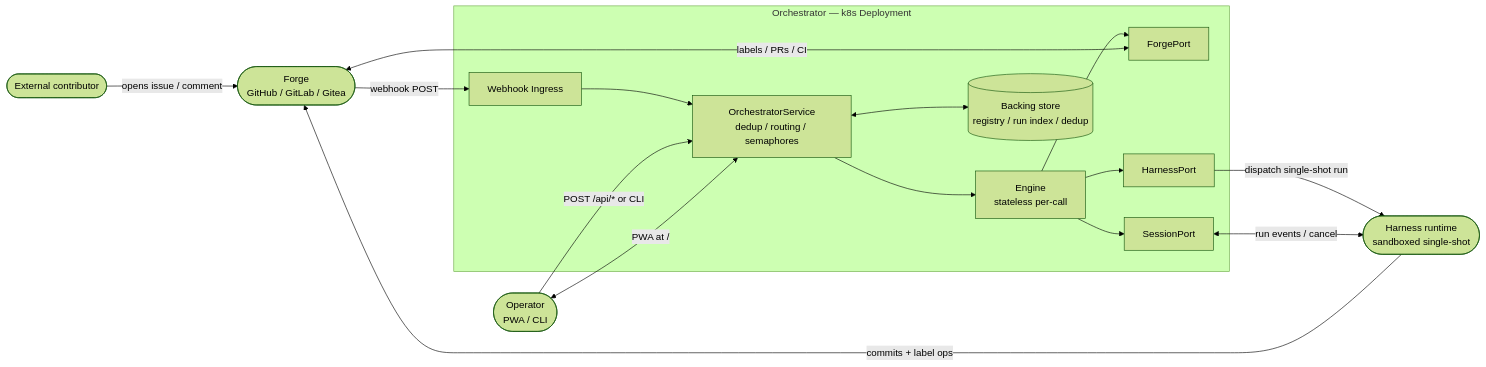
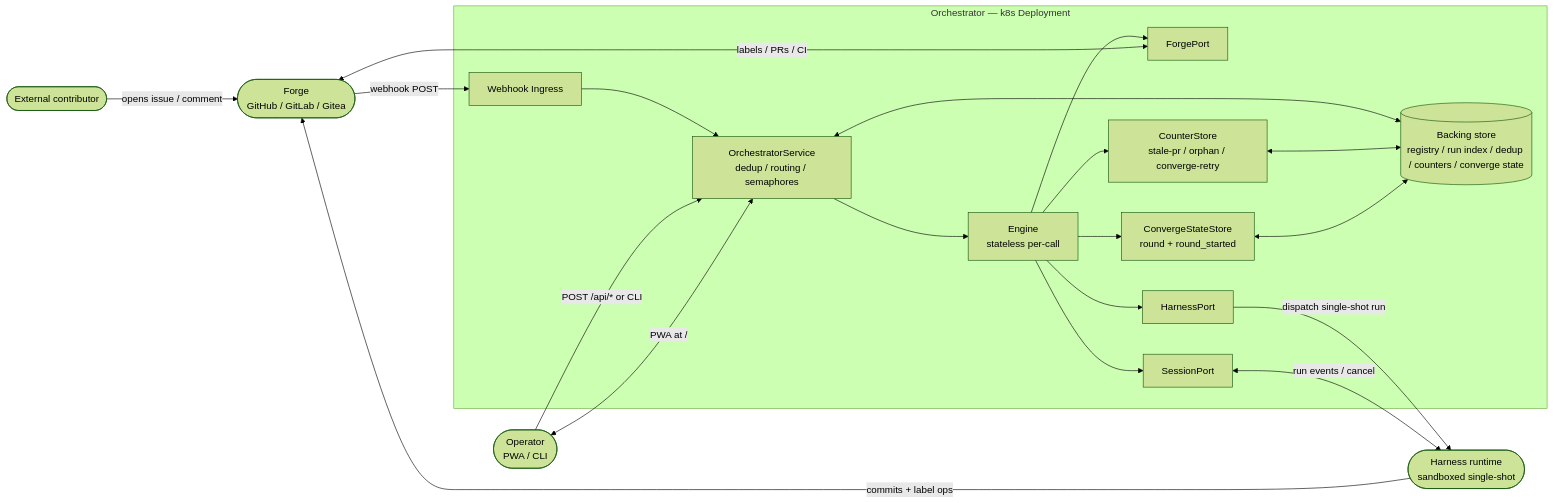
One commit to tuckermclean/orchestrator changed the second of 2 diagrams in ARCHITECTURE.md. Above: the diagram before and after it, drawn with Mermaid (forest theme). The commit also changed other lines of this file and 11 other files, not shown here.

````diff
--- a/ARCHITECTURE.md
+++ b/ARCHITECTURE.md
@@ -397,32 +437,38 @@
 ```mermaid
 flowchart LR
     contributor([External contributor])
     forge([Forge\nGitHub / GitLab / Gitea])
     harness([Harness runtime\nsandboxed single-shot])
     operator([Operator\nPWA / CLI])
 
     subgraph orch [Orchestrator — k8s Deployment]
         ingress[Webhook Ingress]
         svc[OrchestratorService\ndedup / routing / semaphores]
         engine[Engine\nstateless per-call]
         fp[ForgePort]
         hp[HarnessPort]
         sp[SessionPort]
-        db[(Backing store\nregistry / run index / dedup)]
+        cs[CounterStore\nstale-pr / orphan / converge-retry]
+        css[ConvergeStateStore\nround + round_started]
+        db[(Backing store\nregistry / run index / dedup / counters / converge state)]
     end
 
     contributor -->|opens issue / comment| forge
     forge -->|webhook POST| ingress
     ingress --> svc
     svc <--> db
     svc --> engine
     engine --> fp
     engine --> hp
     engine --> sp
+    engine --> cs
+    engine --> css
+    cs <--> db
+    css <--> db
     fp <-->|labels / PRs / CI| forge
     hp -->|dispatch single-shot run| harness
     harness -->|commits + label ops| forge
     sp <-->|run events / cancel| harness
     operator -->|POST /api/* or CLI| svc
     operator <-->|PWA at /| svc
 ```
````
